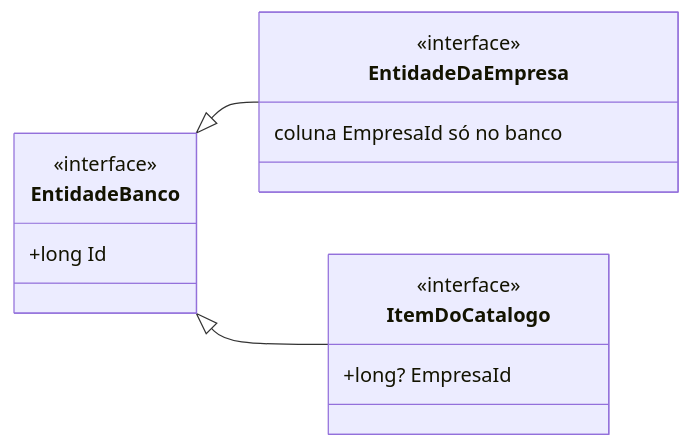
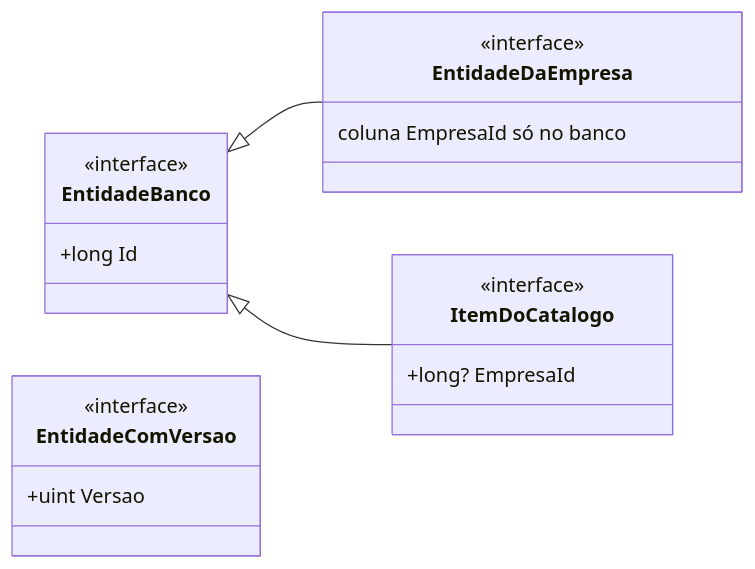
The first of 4 diagrams in docs/dominio.md (LeandroPoletti/CheckTruck), drawn with Mermaid before and after one commit. The commit also changed other lines of this file and 74 other files, not shown here.

````diff
--- a/docs/dominio.md
+++ b/docs/dominio.md
@@ -11,18 +11,22 @@
 ```mermaid
 classDiagram
     direction LR
     class EntidadeBanco {
         <<interface>>
         +long Id
     }
     class EntidadeDaEmpresa {
         <<interface>>
         coluna EmpresaId só no banco
     }
     class ItemDoCatalogo {
         <<interface>>
         +long? EmpresaId
     }
+    class EntidadeComVersao {
+        <<interface>>
+        +uint Versao
+    }
     EntidadeBanco <|-- EntidadeDaEmpresa
     EntidadeBanco <|-- ItemDoCatalogo
 ```
````
